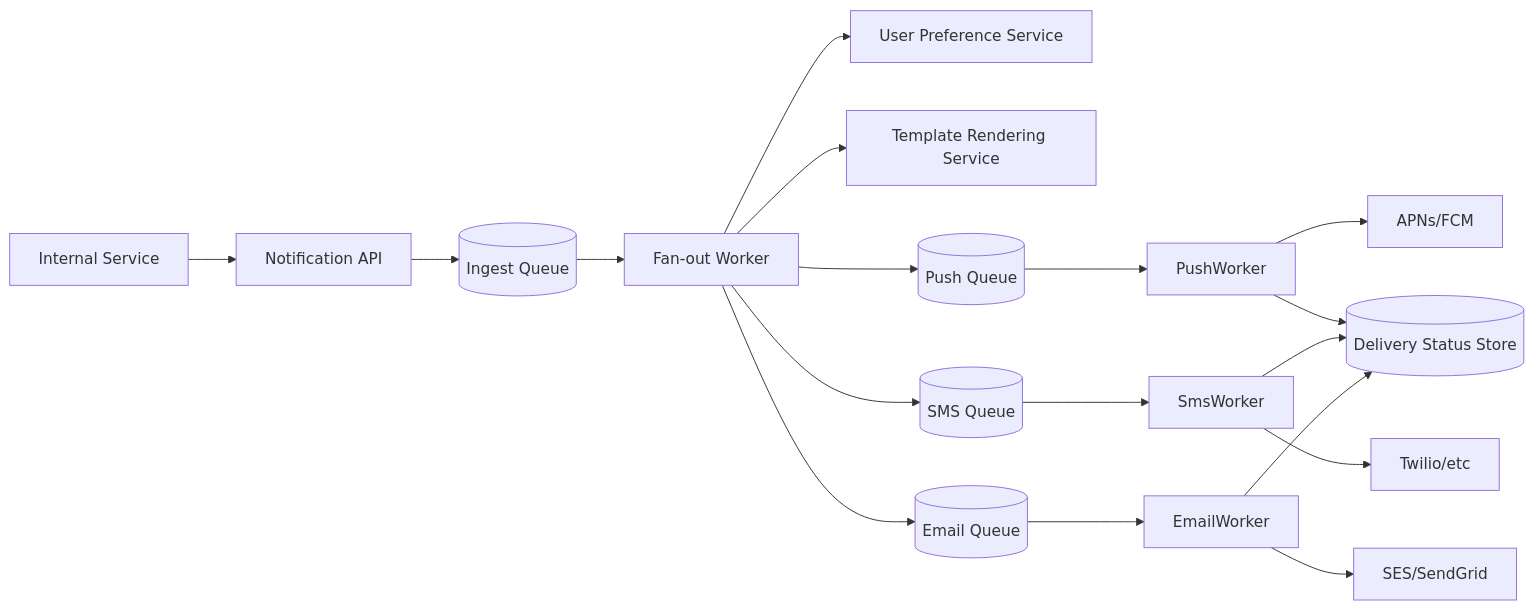
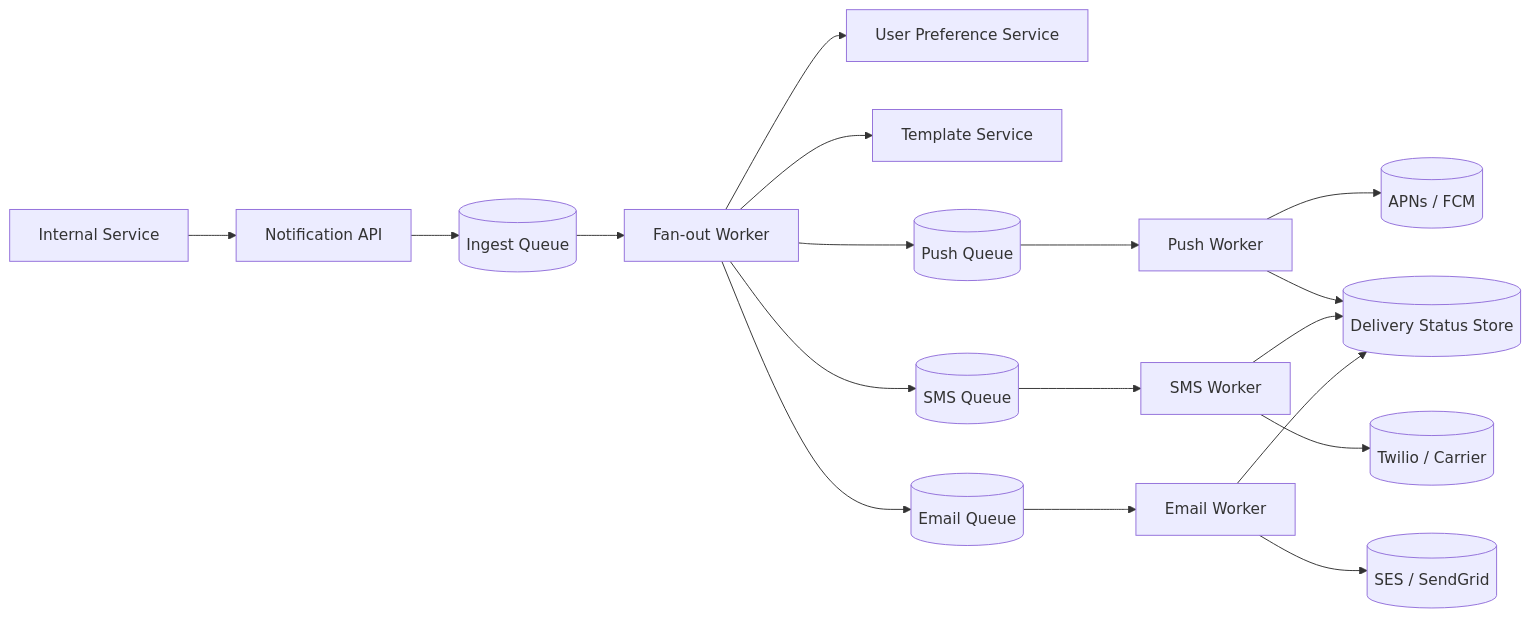
Before and after one commit to abhishekghoshh/system-design-helper: the first of 11 diagrams in docs/system-design/high-level/designing/advanced/notification-fanout-service.md, drawn with Mermaid. The commit also changed other lines of this file and 107 other files, not shown here.

````diff
--- a/docs/system-design/high-level/designing/advanced/notification-fanout-service.md
+++ b/docs/system-design/high-level/designing/advanced/notification-fanout-service.md
@@ -63,17 +47,17 @@
 ```mermaid
 flowchart LR
-    Producer[Internal Service] --> NotificationAPI[Notification API]
-    NotificationAPI --> RequestQueue[(Ingest Queue)]
-    RequestQueue --> FanoutWorker[Fan-out Worker]
-    FanoutWorker --> PrefService[User Preference Service]
-    FanoutWorker --> TemplateService[Template Rendering Service]
-    FanoutWorker --> PushQueue[(Push Queue)]
-    FanoutWorker --> SmsQueue[(SMS Queue)]
-    FanoutWorker --> EmailQueue[(Email Queue)]
-    PushQueue --> PushWorker --> PushProvider[APNs/FCM]
-    SmsQueue --> SmsWorker --> SmsProvider[Twilio/etc]
-    EmailQueue --> EmailWorker --> EmailProvider[SES/SendGrid]
-    PushWorker --> StatusStore[(Delivery Status Store)]
-    SmsWorker --> StatusStore
-    EmailWorker --> StatusStore
+    Producer[Internal Service] --> API[Notification API]
+    API --> IngestQ[(Ingest Queue)]
+    IngestQ --> Fanout[Fan-out Worker]
+    Fanout --> Pref[User Preference Service]
+    Fanout --> Template[Template Service]
+    Fanout --> PushQ[(Push Queue)]
+    Fanout --> SmsQ[(SMS Queue)]
+    Fanout --> EmailQ[(Email Queue)]
+    PushQ --> PushW[Push Worker] --> FCM[(APNs / FCM)]
+    SmsQ --> SmsW[SMS Worker] --> Twilio[(Twilio / Carrier)]
+    EmailQ --> EmailW[Email Worker] --> SES[(SES / SendGrid)]
+    PushW --> Status[(Delivery Status Store)]
+    SmsW --> Status
+    EmailW --> Status
 ```
````
